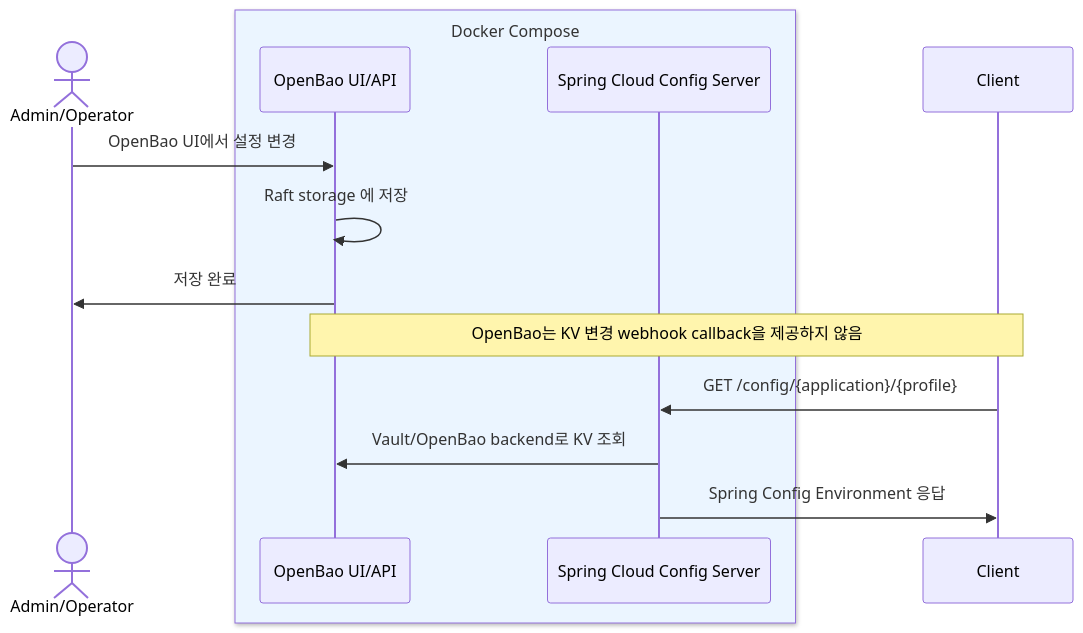
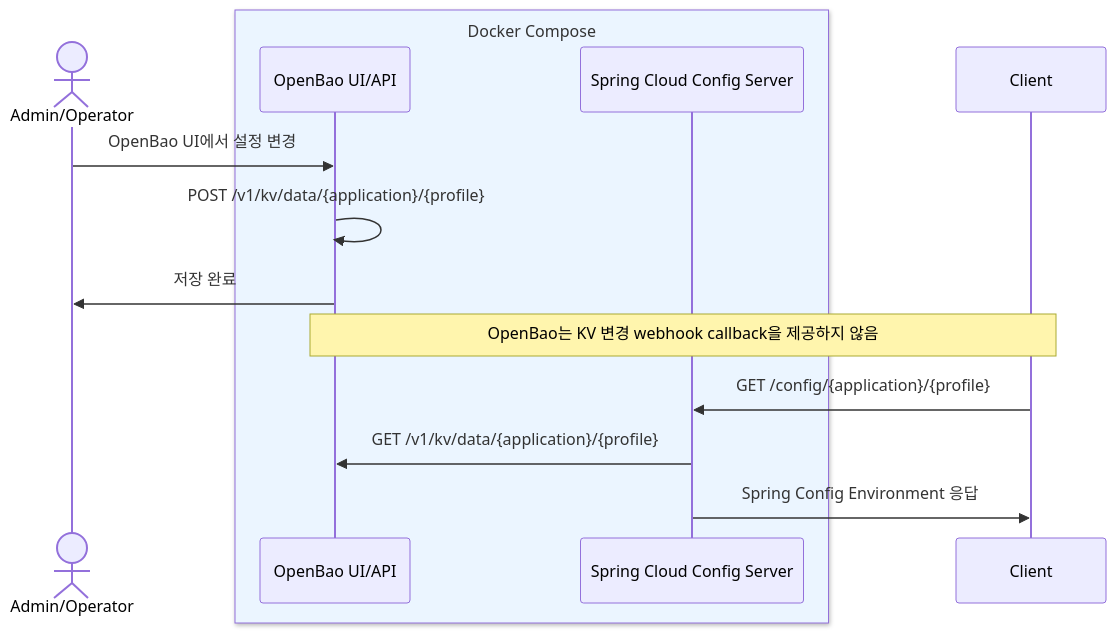
Before and after one commit to Hyune-s-lab/my-spring-cloud-config: the first of 2 diagrams in README.md, drawn with Mermaid. The commit also changed other lines of this file, not shown here.

Commit message:
docs: annotate sequence api calls

````diff
--- a/README.md
+++ b/README.md
@@ -17,16 +17,16 @@
 ```mermaid
 sequenceDiagram
     actor Admin as Admin/Operator
     box rgb(235, 245, 255) Docker Compose
         participant Bao as OpenBao UI/API
         participant Config as Spring Cloud Config Server
     end
     participant Client as Client
     Admin ->> Bao: OpenBao UI에서 설정 변경
-    Bao ->> Bao: Raft storage 에 저장
+    Bao ->> Bao: POST /v1/kv/data/{application}/{profile}
     Bao ->> Admin: 저장 완료
     Note over Bao, Client: OpenBao는 KV 변경 webhook callback을 제공하지 않음
     Client ->> Config: GET /config/{application}/{profile}
-    Config ->> Bao: Vault/OpenBao backend로 KV 조회
+    Config ->> Bao: GET /v1/kv/data/{application}/{profile}
     Config ->> Client: Spring Config Environment 응답
 ```
````
